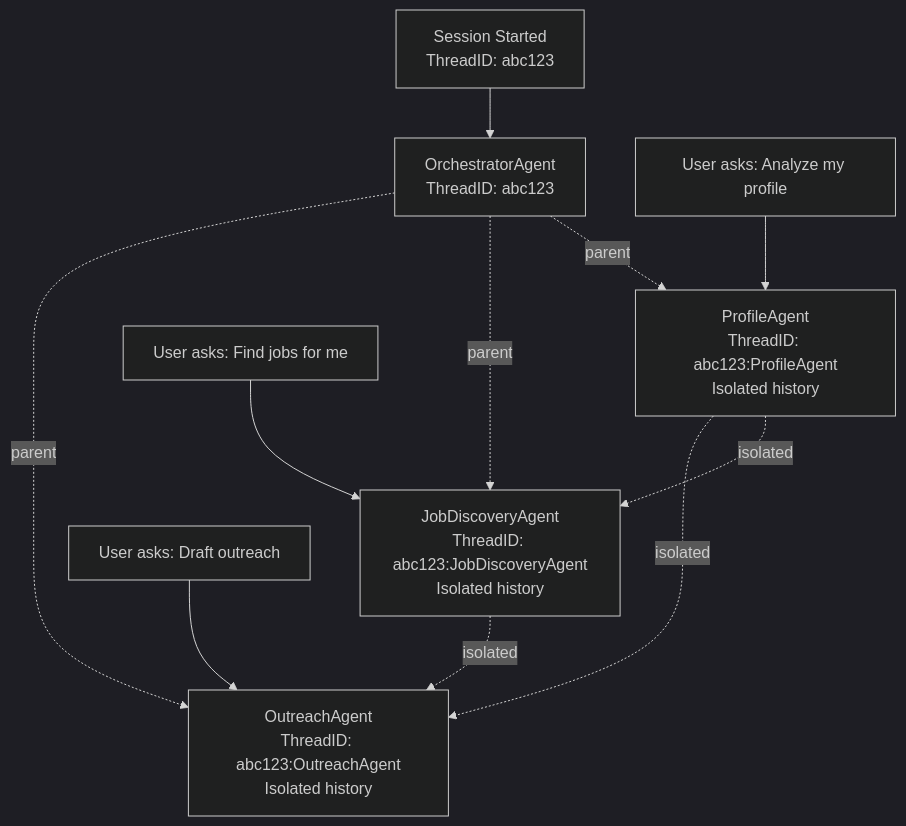
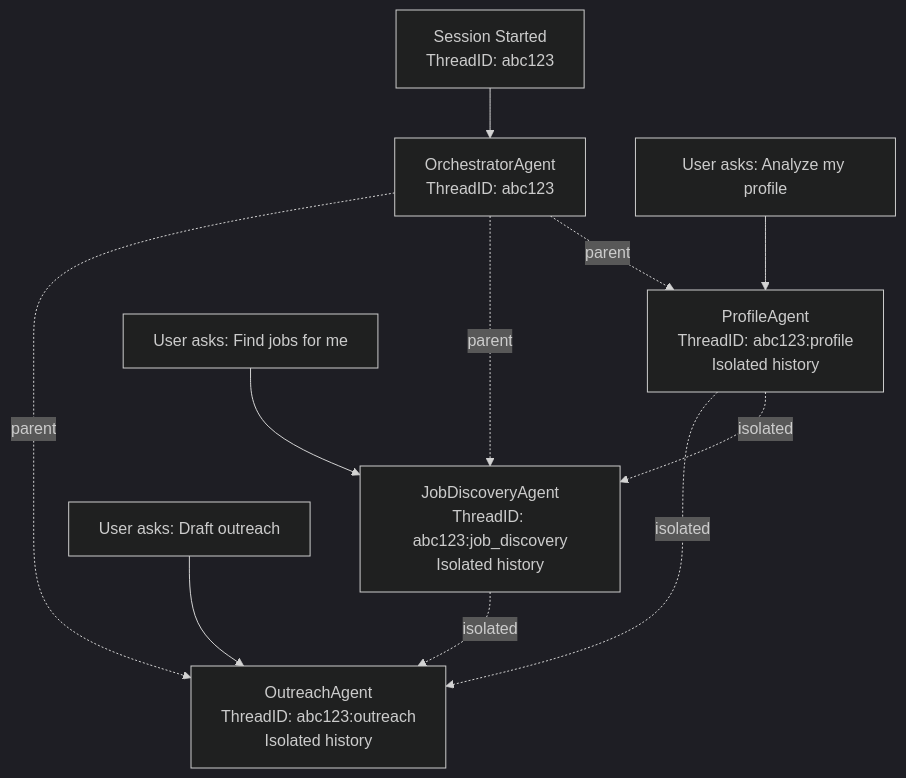
One commit to savipk/autochat changed the fourth of 5 diagrams in docs/architecture/04-orchestrator-pattern.md. Above: the diagram before and after it, drawn with Mermaid (dark theme). The commit also changed other lines of this file and 27 other files, not shown here.

Commit message:
modify profile agent

````diff
--- a/docs/architecture/04-orchestrator-pattern.md
+++ b/docs/architecture/04-orchestrator-pattern.md
@@ -92,27 +118,27 @@
 ```mermaid
 graph TB
     SessionStart["Session Started<br/>ThreadID: abc123"]
     OrchestratorThread["OrchestratorAgent<br/>ThreadID: abc123"]
 
     Call1["User asks: Analyze my profile"]
-    SubAgent1["ProfileAgent<br/>ThreadID: abc123:ProfileAgent<br/>Isolated history"]
+    SubAgent1["ProfileAgent<br/>ThreadID: abc123:profile<br/>Isolated history"]
 
     Call2["User asks: Find jobs for me"]
-    SubAgent2["JobDiscoveryAgent<br/>ThreadID: abc123:JobDiscoveryAgent<br/>Isolated history"]
+    SubAgent2["JobDiscoveryAgent<br/>ThreadID: abc123:job_discovery<br/>Isolated history"]
 
     Call3["User asks: Draft outreach"]
-    SubAgent3["OutreachAgent<br/>ThreadID: abc123:OutreachAgent<br/>Isolated history"]
+    SubAgent3["OutreachAgent<br/>ThreadID: abc123:outreach<br/>Isolated history"]
 
     SessionStart --> OrchestratorThread
     Call1 --> SubAgent1
     Call2 --> SubAgent2
     Call3 --> SubAgent3
 
     OrchestratorThread -.->|parent| SubAgent1
     OrchestratorThread -.->|parent| SubAgent2
     OrchestratorThread -.->|parent| SubAgent3
 
     SubAgent1 -.->|isolated| SubAgent2
     SubAgent1 -.->|isolated| SubAgent3
     SubAgent2 -.->|isolated| SubAgent3
 ```
````
